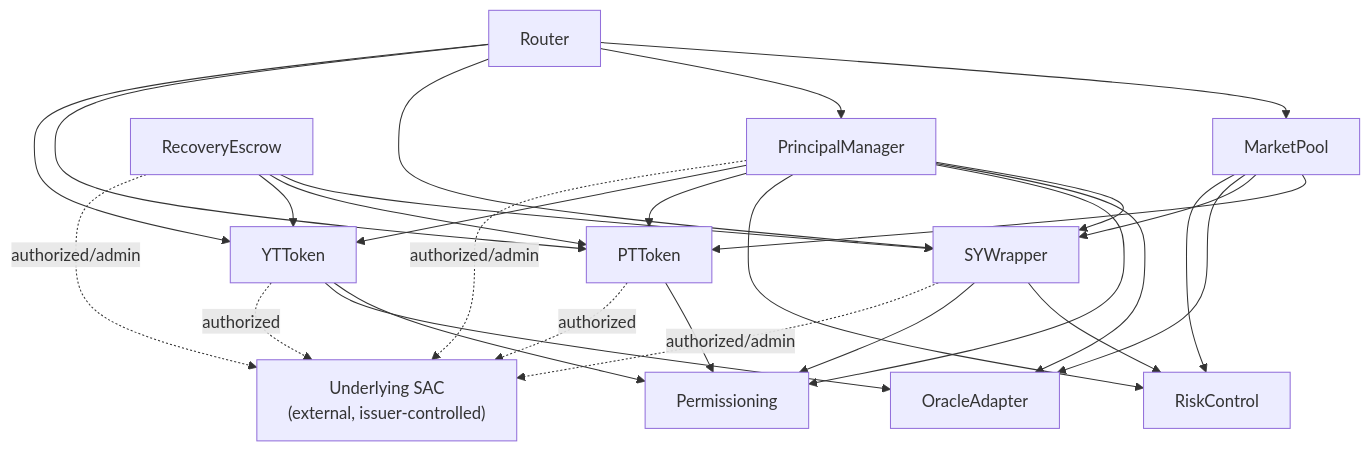
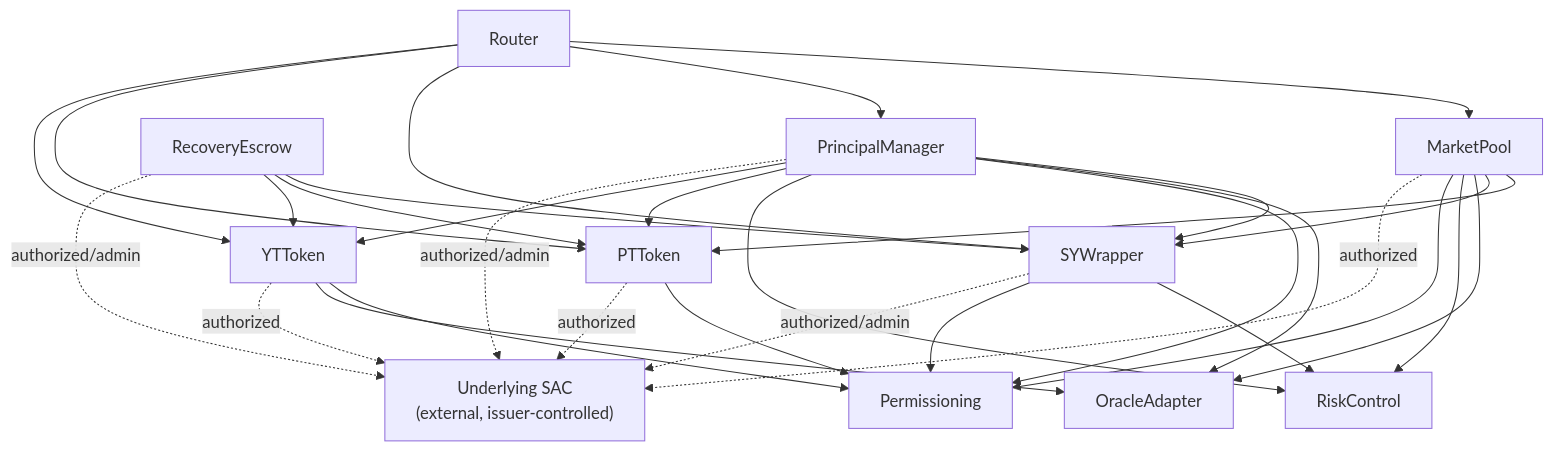
The first of 9 diagrams in docs/ARCHITECTURE.md (principal-Protocol-org/principal), drawn with Mermaid before and after one commit. The commit also changed other lines of this file and 4 other files, not shown here.

First line of the commit message:
docs: apply final reviewer round on compliance model and oracle flow

````diff
--- a/docs/ARCHITECTURE.md
+++ b/docs/ARCHITECTURE.md
@@ -66,47 +66,49 @@
 ```mermaid
 flowchart TD
     Router["Router"]
     MarketPool["MarketPool"]
     PrincipalManager["PrincipalManager"]
     SYWrapper["SYWrapper"]
     PTToken["PTToken"]
     YTToken["YTToken"]
     RecoveryEscrow["RecoveryEscrow"]
     OracleAdapter["OracleAdapter"]
     Permissioning["Permissioning"]
     RiskControl["RiskControl"]
     Underlying["Underlying SAC\n(external, issuer-controlled)"]
 
     Router --> MarketPool
     Router --> PrincipalManager
     Router --> SYWrapper
     Router --> PTToken
     Router --> YTToken
 
     MarketPool --> PTToken
     MarketPool --> SYWrapper
     MarketPool --> OracleAdapter
     MarketPool --> RiskControl
+    MarketPool --> Permissioning
+    MarketPool -. authorized .-> Underlying
 
     PrincipalManager --> SYWrapper
     PrincipalManager --> OracleAdapter
     PrincipalManager --> Permissioning
     PrincipalManager --> RiskControl
     PrincipalManager --> PTToken
     PrincipalManager --> YTToken
     PrincipalManager -. authorized/admin .-> Underlying
 
     PTToken --> Permissioning
     YTToken --> Permissioning
     YTToken --> OracleAdapter
     PTToken -. authorized .-> Underlying
     YTToken -. authorized .-> Underlying
     SYWrapper --> RiskControl
     SYWrapper --> Permissioning
     SYWrapper -. authorized/admin .-> Underlying
 
     RecoveryEscrow --> SYWrapper
     RecoveryEscrow --> PTToken
     RecoveryEscrow --> YTToken
     RecoveryEscrow -. authorized/admin .-> Underlying
 ```
````
